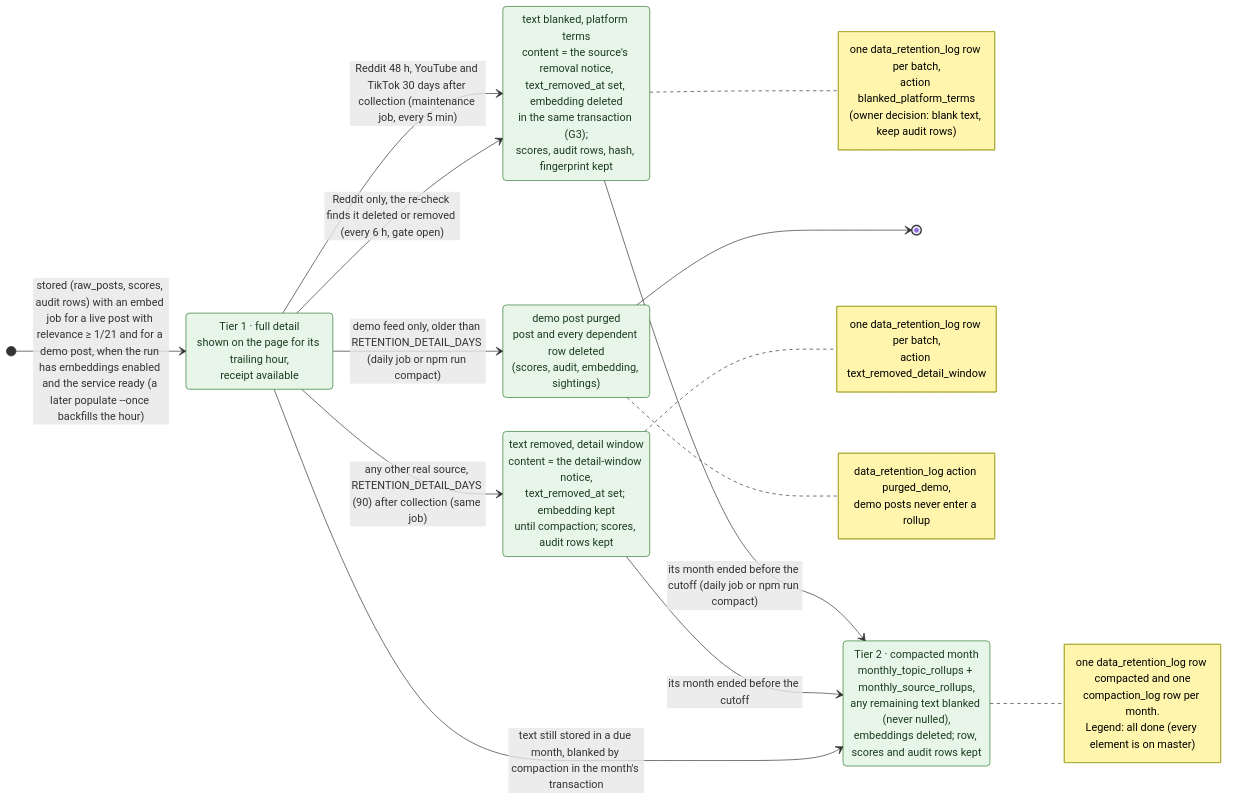
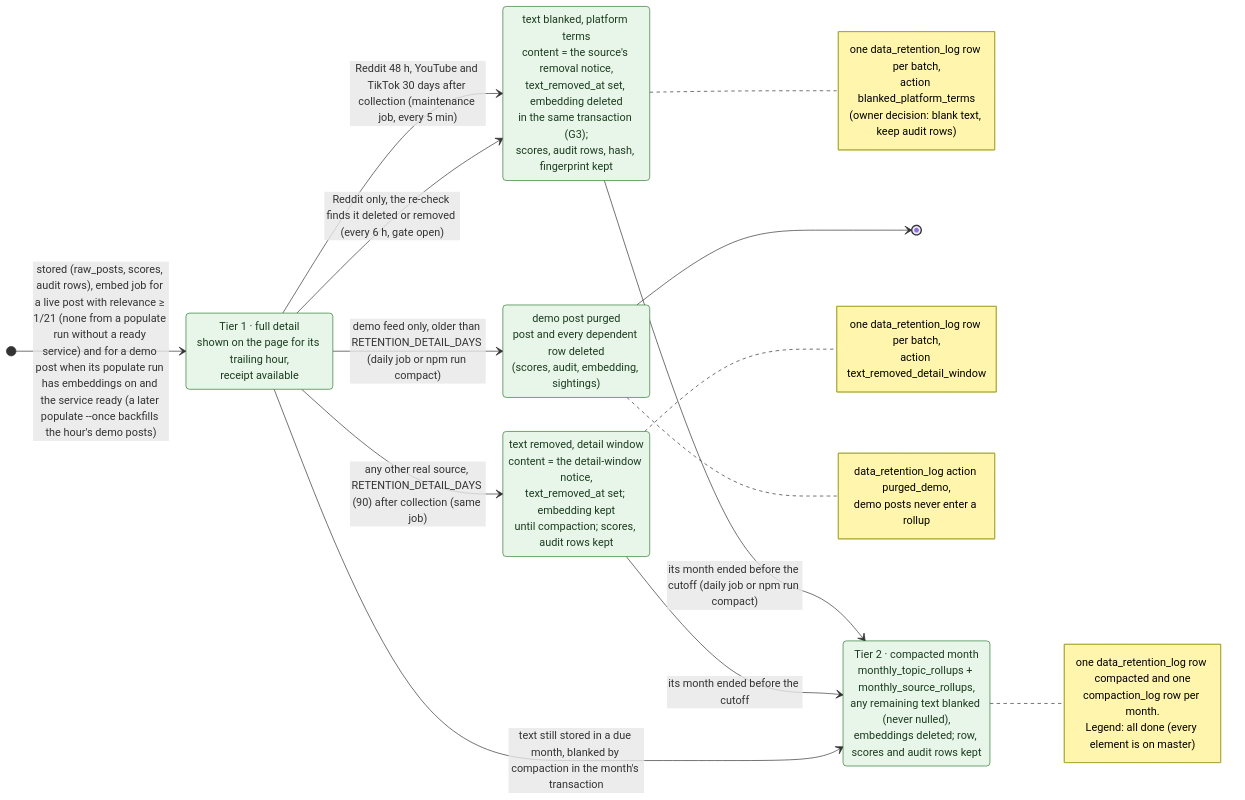
Before and after one commit to jennifer-mckinney/pulse-of-ai: the diagram in docs/diagrams/states/retention-lifecycle.mmd, drawn with Mermaid. The commit also changed 13 other files, not shown here.

First line of the commit message:
Docs: separate the bundled fallback from stored demo-feed posts everywhere

```diff
--- a/docs/diagrams/states/retention-lifecycle.mmd
+++ b/docs/diagrams/states/retention-lifecycle.mmd
@@ -1,44 +1,44 @@
 %% Title: State · retention lifecycle of a stored post
 %% Summary: What becomes of a post over time: its text blanked when its source's window ends (platform terms or the detail window) or when Reddit reports it deleted, demo posts purged at the retention boundary, and real posts compacted into monthly rollups, with what is kept at each step.
 %% Sources: src/collectors/retention.js, src/config/source-registry.js (retentionHours), src/workers/maintenance.worker.js, src/collectors/reddit/{maintenance,recheck}.js, scripts/compact.js (purgeDemoPosts, compactMonth), scripts/populate.js (demo embed jobs), src/collectors/runner.js and src/workers/ingest.worker.js (embed gate), src/pipeline/relevance.js (EMBED_GATE_MIN_SCORE); migrations 001 (content NOT NULL), 005, 025, 031. Spec: TECHNICAL_SPEC.md section 19 (three-tier model); ADR 0001 ruling 9; PR #22 decisions G3, G4.
 stateDiagram-v2
   direction LR
 
-  [*] --> detail : stored (raw_posts, scores, audit rows) with an embed job for a live post with relevance ≥ 1/21 and for a demo post, when the run has embeddings enabled and the service ready (a later populate --once backfills the hour)
+  [*] --> detail : stored (raw_posts, scores, audit rows), embed job for a live post with relevance ≥ 1/21 (none from a populate run without a ready service) and for a demo post when its populate run has embeddings on and the service ready (a later populate --once backfills the hour's demo posts)
 
   state "Tier 1 · full detail<br/>shown on the page for its trailing hour,<br/>receipt available" as detail
   state "text blanked, platform terms<br/>content = the source's removal notice,<br/>text_removed_at set, embedding deleted<br/>in the same transaction (G3);<br/>scores, audit rows, hash, fingerprint kept" as blanked
   state "text removed, detail window<br/>content = the detail-window notice,<br/>text_removed_at set; embedding kept<br/>until compaction; scores, audit rows kept" as removed
   state "demo post purged<br/>post and every dependent row deleted<br/>(scores, audit, embedding, sightings)" as purged
   state "Tier 2 · compacted month<br/>monthly_topic_rollups + monthly_source_rollups,<br/>any remaining text blanked (never nulled),<br/>embeddings deleted; row, scores and audit rows kept" as compacted
 
   detail --> blanked : Reddit 48 h, YouTube and TikTok 30 days after collection (maintenance job, every 5 min)
   detail --> blanked : Reddit only, the re-check finds it deleted or removed (every 6 h, gate open)
   detail --> removed : any other real source, RETENTION_DETAIL_DAYS (90) after collection (same job)
   detail --> purged : demo feed only, older than RETENTION_DETAIL_DAYS (daily job or npm run compact)
   blanked --> compacted : its month ended before the cutoff (daily job or npm run compact)
   removed --> compacted : its month ended before the cutoff
   detail --> compacted : text still stored in a due month, blanked by compaction in the month's transaction
   purged --> [*]
 
   note right of blanked
     one data_retention_log row per batch,
     action blanked_platform_terms
     (owner decision: blank text, keep audit rows)
   end note
   note right of removed
     one data_retention_log row per batch,
     action text_removed_detail_window
   end note
   note right of purged
     data_retention_log action purged_demo,
     demo posts never enter a rollup
   end note
   note right of compacted
     one data_retention_log row compacted and one
     compaction_log row per month.
     Legend: all done (every element is on master)
   end note
 
   classDef done fill:#e8f5e9,stroke:#2e7d32,color:#1b3d1f
   class detail, blanked, removed, purged, compacted done
```
